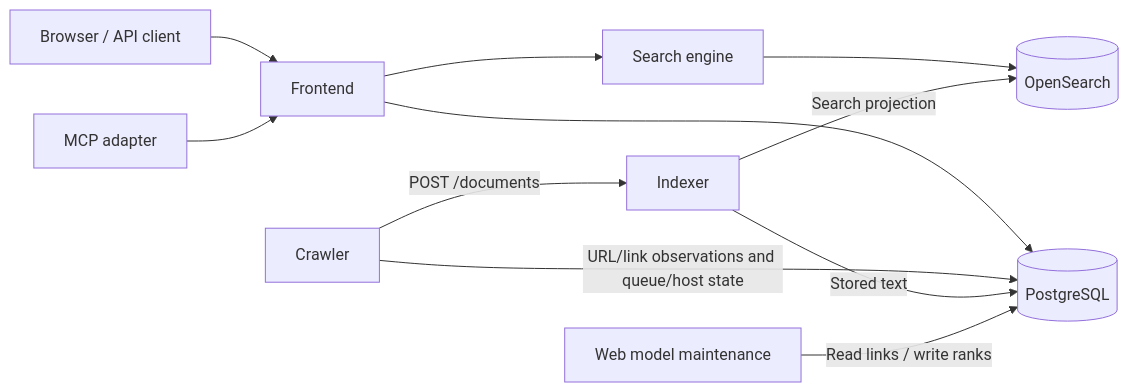
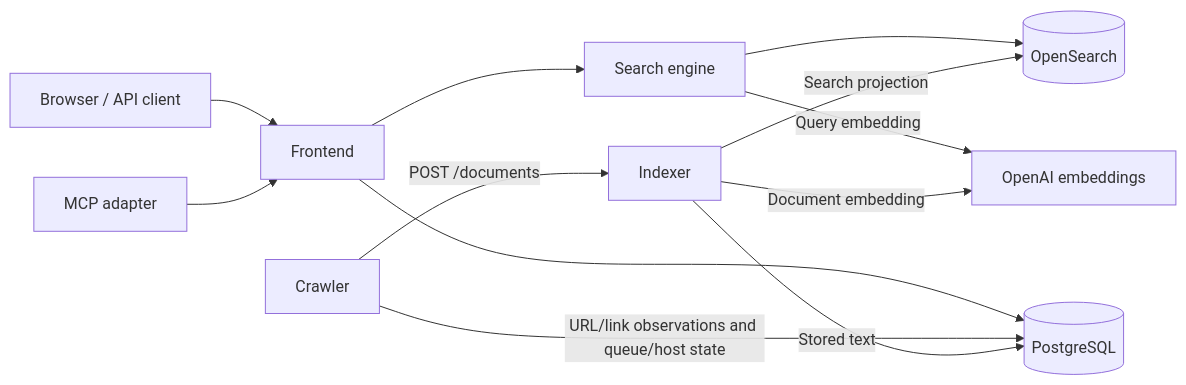
Before and after one commit to tomato414941/web-search: the diagram in docs/architecture.md, drawn with Mermaid. The commit also changed other lines of this file and 9 other files, not shown here.

````diff
--- a/docs/architecture.md
+++ b/docs/architecture.md
@@ -33,13 +32,14 @@
 ```mermaid
 flowchart LR
     Browser[Browser / API client] --> Frontend
     MCP[MCP adapter] --> Frontend
     Frontend --> Search[Search engine]
     Search --> OS[(OpenSearch)]
+    Search -->|Query embedding| Embeddings[OpenAI embeddings]
+    Indexer -->|Document embedding| Embeddings
     Frontend --> PG[(PostgreSQL)]
     Crawler -->|POST /documents| Indexer
     Crawler -->|URL/link observations and queue/host state| PG
     Indexer -->|Stored text| PG
     Indexer -->|Search projection| OS
-    Maintenance[Web model maintenance] -->|Read links / write ranks| PG
 ```
````
